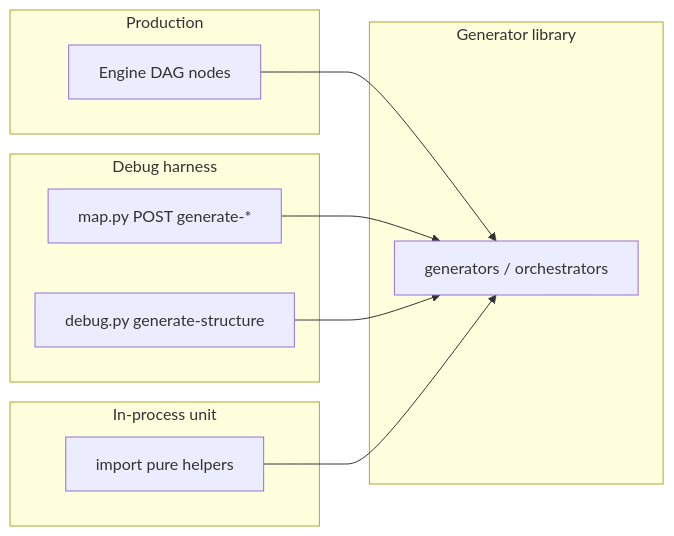
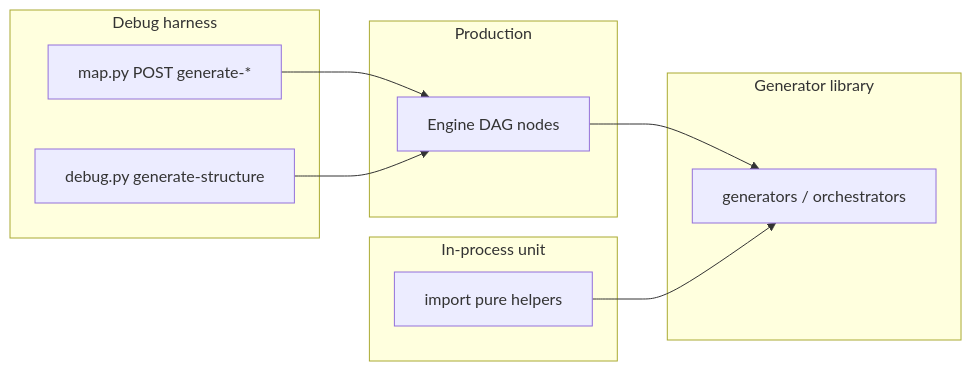
One commit to AndrewBondaren/AI-Project changed the second of 4 diagrams in docs/tz_world_generation_dag.md. Above: the diagram before and after it, drawn with Mermaid. The commit also changed other lines of this file and 3 other files, not shown here.

````diff
--- a/docs/tz_world_generation_dag.md
+++ b/docs/tz_world_generation_dag.md
@@ -125,20 +130,20 @@
 ```mermaid
 flowchart LR
   subgraph prod [Production]
     DAG[Engine DAG nodes]
   end
   subgraph dbg [Debug harness]
     MAP["map.py POST generate-*"]
     DBG["debug.py generate-structure"]
   end
   subgraph unit [In-process unit]
     PY["import pure helpers"]
   end
   subgraph lib [Generator library]
     G[generators / orchestrators]
   end
   DAG --> G
-  MAP --> G
-  DBG --> G
+  MAP --> DAG
+  DBG --> DAG
   PY --> G
 ```
````
